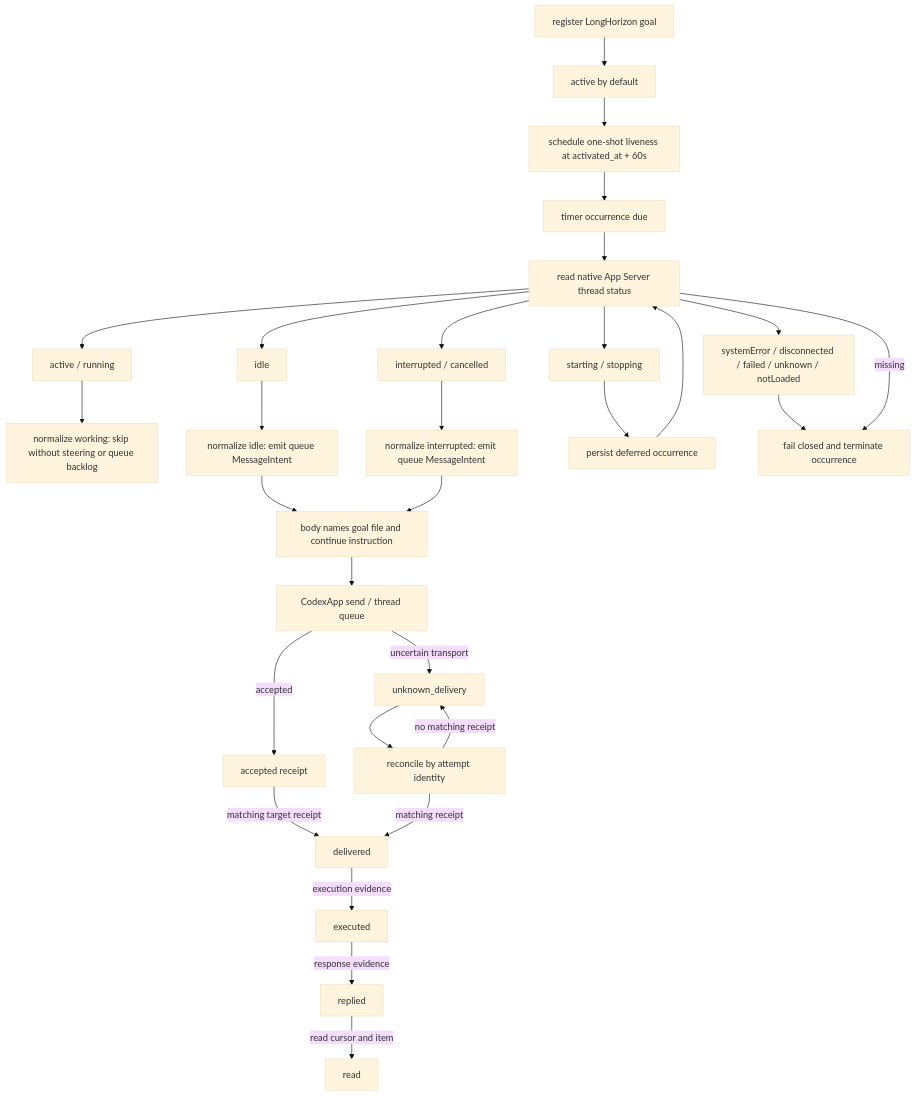
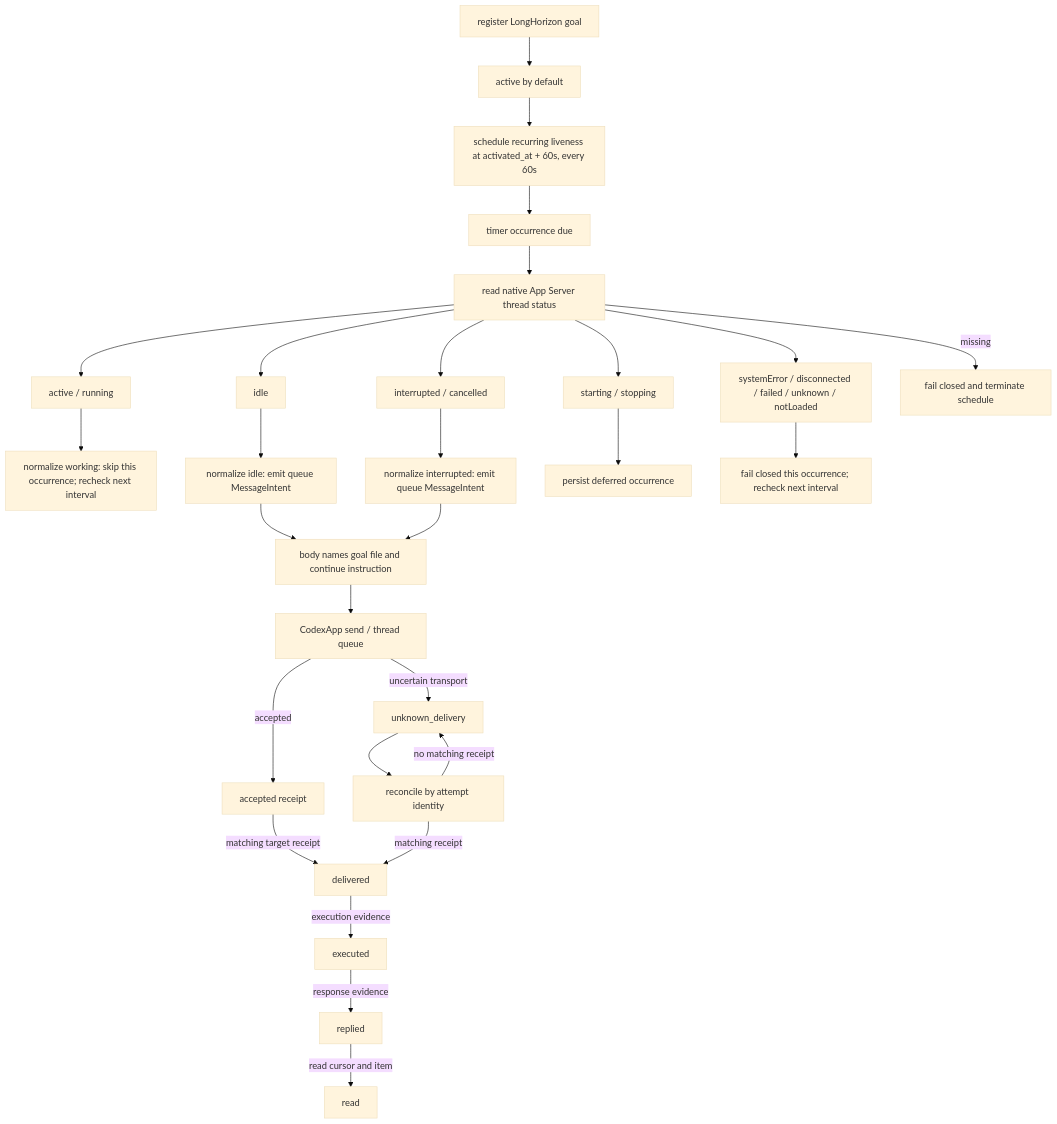
Before and after one commit to Jasonzhangf/codex-hooks: the diagram in docs/design/rccs-notification-dag.md, drawn with Mermaid (base theme). The commit also changed other lines of this file and 7 other files, not shown here.

Commit message:
fix(rccs): keep longhorizon liveness recurring

````diff
--- a/docs/design/rccs-notification-dag.md
+++ b/docs/design/rccs-notification-dag.md
@@ -32,31 +33,30 @@
 ```mermaid
 flowchart TD
   A["register LongHorizon goal"] --> B["active by default"]
-  B --> C["schedule one-shot liveness at activated_at + 60s"]
+  B --> C["schedule recurring liveness at activated_at + 60s, every 60s"]
   C --> D["timer occurrence due"]
   D --> E["read native App Server thread status"]
   E --> E1["active / running"]
   E --> E2["idle"]
   E --> E3["interrupted / cancelled"]
   E --> E4["starting / stopping"]
   E --> E5["systemError / disconnected / failed / unknown / notLoaded"]
-  E1 --> F["normalize working: skip without steering or queue backlog"]
+  E1 --> F["normalize working: skip this occurrence; recheck next interval"]
   E2 --> G["normalize idle: emit queue MessageIntent"]
   E3 --> G2["normalize interrupted: emit queue MessageIntent"]
   G --> H["body names goal file and continue instruction"]
   G2 --> H
   E4 --> H1["persist deferred occurrence"]
-  H1 --> E
-  E5 --> I["fail closed and terminate occurrence"]
-  E -->|missing| I
+  E5 --> I["fail closed this occurrence; recheck next interval"]
+  E -->|missing| I2["fail closed and terminate schedule"]
   H --> J["CodexApp send / thread queue"]
   J -->|accepted| K["accepted receipt"]
   K -->|matching target receipt| L["delivered"]
   L -->|execution evidence| M["executed"]
   M -->|response evidence| N["replied"]
   N -->|read cursor and item| O["read"]
   J -->|uncertain transport| P["unknown_delivery"]
   P --> Q["reconcile by attempt identity"]
   Q -->|matching receipt| L
   Q -->|no matching receipt| P
 ```
````
